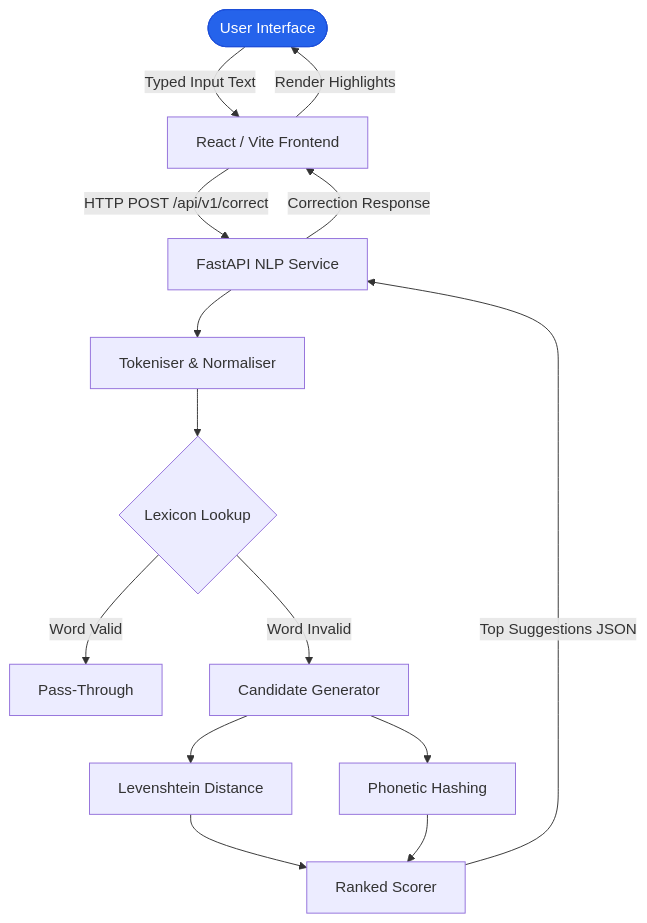
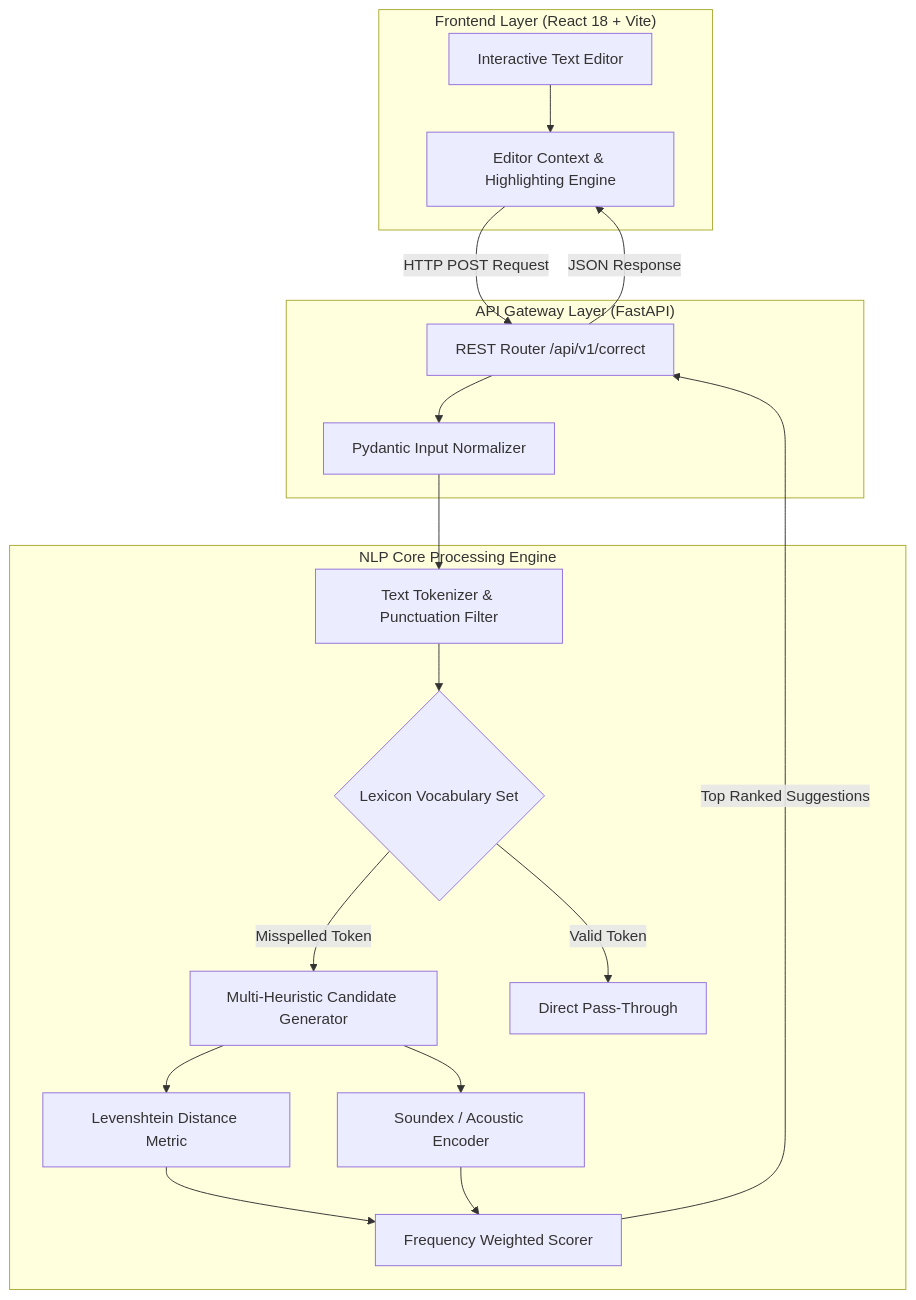
One commit to StratagemVX/spellSense-NLP_AAT changed the first of 2 diagrams in README.md. Above: the diagram before and after it, drawn with Mermaid. The commit also changed other lines of this file, not shown here.

````diff
--- a/README.md
+++ b/README.md
@@ -53,18 +48,36 @@
 ```mermaid
 flowchart TD
-    User([User Interface]):::ui -->|Typed Input Text| FE[React / Vite Frontend]
-    FE -->|HTTP POST /api/v1/correct| BE[FastAPI NLP Service]
-    BE --> Tok[Tokeniser & Normaliser]
-    Tok --> Lex{Lexicon Lookup}
-    Lex -->|Word Valid| Valid[Pass-Through]
-    Lex -->|Word Invalid| CandGen[Candidate Generator]
-    CandGen --> EditDist[Levenshtein Distance]
-    CandGen --> Phonetic[Phonetic Hashing]
-    EditDist --> Ranker[Ranked Scorer]
-    Phonetic --> Ranker
-    Ranker -->|Top Suggestions JSON| BE
-    BE -->|Correction Response| FE
-    FE -->|Render Highlights| User
+    subgraph Client["Frontend Layer (React 18 + Vite)"]
+        UI[Interactive Text Editor]
+        State[Editor Context & Highlighting Engine]
+        UI --> State
+    end
 
-    classDef ui fill:#2563eb,stroke:#1d4ed8,color:#fff;
+    subgraph API["API Gateway Layer (FastAPI)"]
+        Router[REST Router /api/v1/correct]
+        Val[Pydantic Input Normalizer]
+        Router --> Val
+    end
+
+    subgraph Engine["NLP Core Processing Engine"]
+        Tok[Text Tokenizer & Punctuation Filter]
+        DictLookup{Lexicon Vocabulary Set}
+        CandGen[Multi-Heuristic Candidate Generator]
+        EditDist[Levenshtein Distance Metric]
+        PhoneHash[Soundex / Acoustic Encoder]
+        Ranker[Frequency Weighted Scorer]
+
+        Val --> Tok
+        Tok --> DictLookup
+        DictLookup -->|Valid Token| ValidPass[Direct Pass-Through]
+        DictLookup -->|Misspelled Token| CandGen
+        CandGen --> EditDist
+        CandGen --> PhoneHash
+        EditDist --> Ranker
+        PhoneHash --> Ranker
+    end
+
+    State -->|HTTP POST Request| Router
+    Ranker -->|Top Ranked Suggestions| Router
+    Router -->|JSON Response| State
 ```
````
